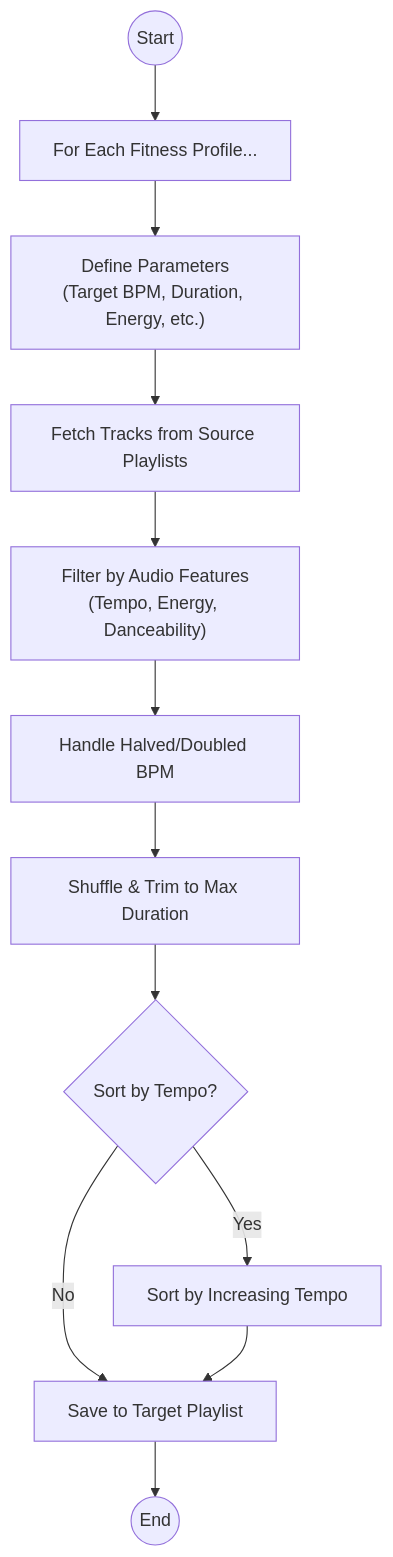
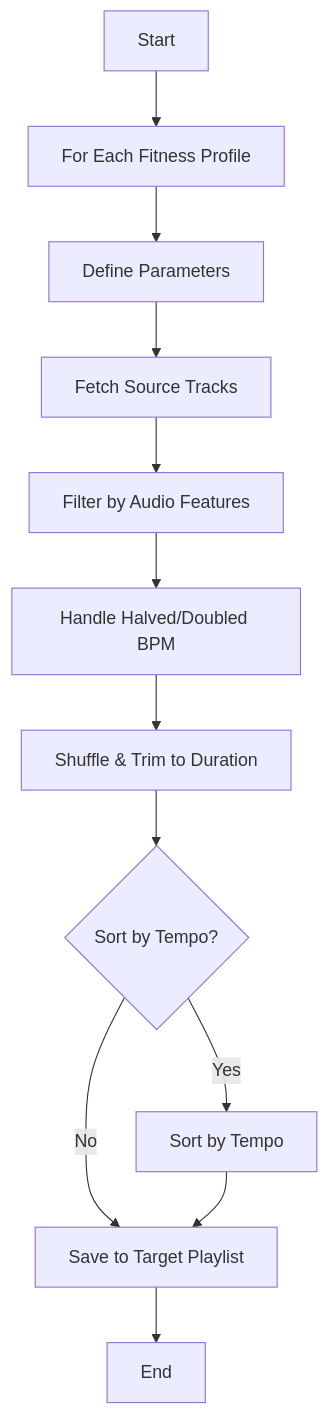
Before and after one commit to froggeric/gas-spotify-automation: the fourth of 7 diagrams in README.md, drawn with Mermaid. The commit also changed other lines of this file, not shown here.

First line of the commit message:
fix(docs): Correct Mermaid diagrams for GitHub compatibility

````diff
--- a/README.md
+++ b/README.md
@@ -112,14 +112,14 @@
 ```mermaid
 graph TD
-    A((Start)) --> B["For Each Fitness Profile..."];
-    B --> C["Define Parameters<br/>(Target BPM, Duration, Energy, etc.)"];
-    C --> D["Fetch Tracks from Source Playlists"];
-    D --> E["Filter by Audio Features<br/>(Tempo, Energy, Danceability)"];
-    E --> F["Handle Halved/Doubled BPM"];
-    F --> G["Shuffle & Trim to Max Duration"];
+    A[Start] --> B[For Each Fitness Profile];
+    B --> C[Define Parameters];
+    C --> D[Fetch Source Tracks];
+    D --> E[Filter by Audio Features];
+    E --> F[Handle Halved/Doubled BPM];
+    F --> G[Shuffle & Trim to Duration];
     G --> H{Sort by Tempo?};
-    H -- Yes --> I["Sort by Increasing Tempo"];
+    H -- Yes --> I[Sort by Tempo];
     H -- No --> J;
-    I --> J["Save to Target Playlist"];
-    J --> K((End));
+    I --> J[Save to Target Playlist];
+    J --> K[End];
 ```
````
